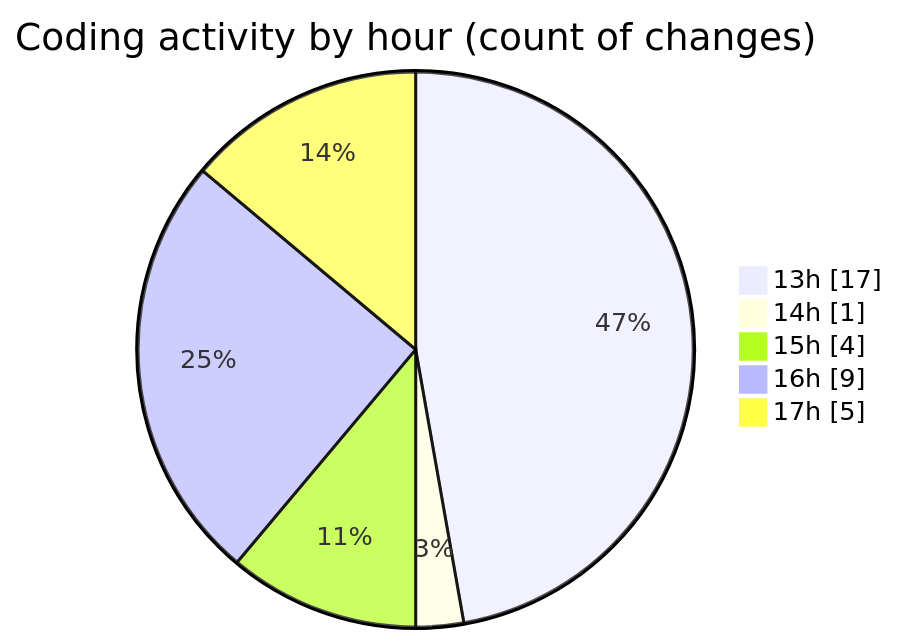
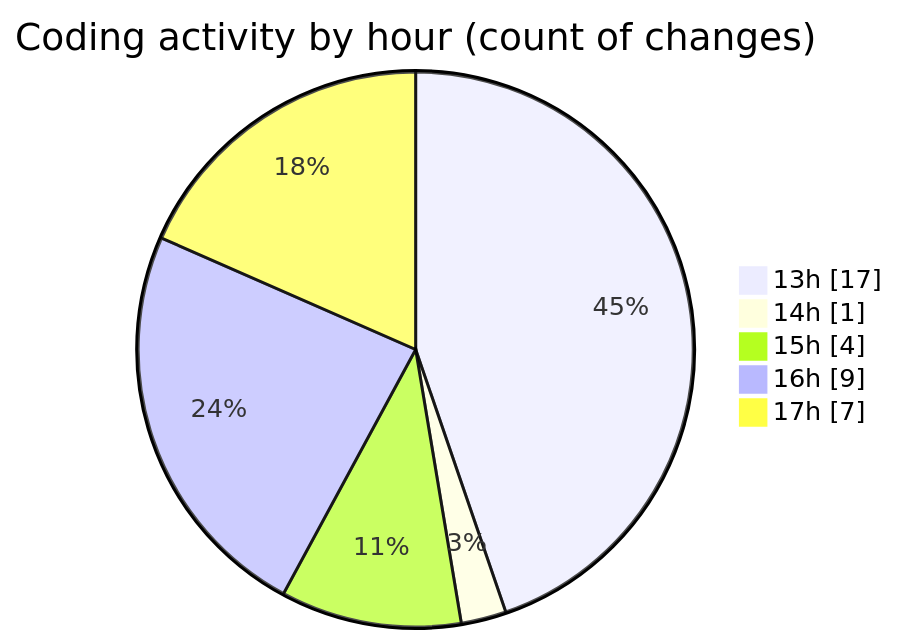
One commit to momahboobian/code-tracking changed the second of 2 diagrams in 2026-10-23/cda/README.md. Above: the diagram before and after it, drawn with Mermaid. The commit also changed other lines of this file and 1 other file, not shown here.

````diff
--- a/2026-10-23/cda/README.md
+++ b/2026-10-23/cda/README.md
@@ -43,9 +45,9 @@
 ```mermaid
 pie showData
 title Coding activity by hour (count of changes)
 "13h" : 17
 "14h" : 1
 "15h" : 4
 "16h" : 9
-"17h" : 5
+"17h" : 7
 ```
````
